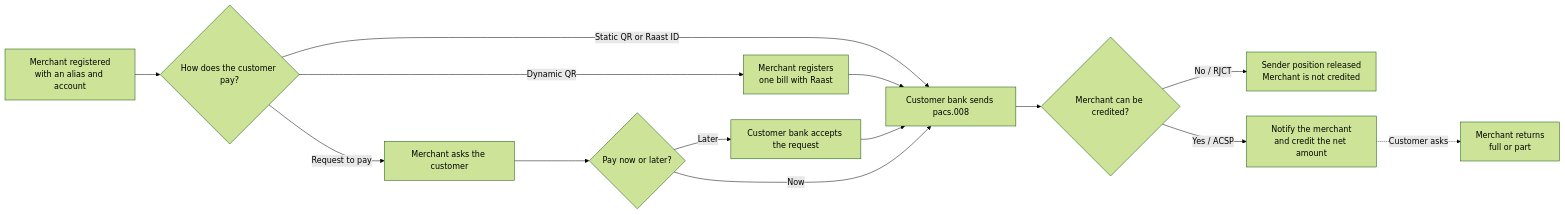
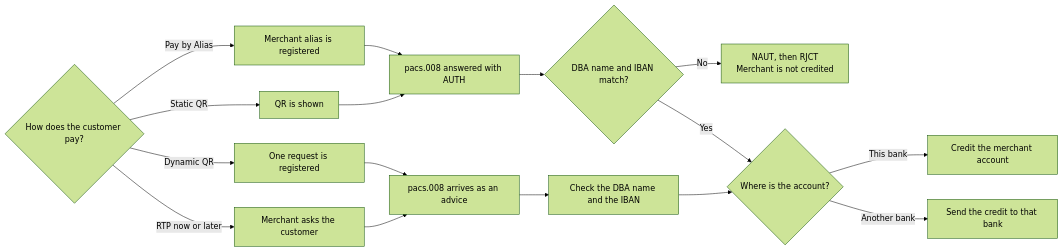
The eighth of 8 diagrams in modules/04-p2m-acquiring/04_Raast_P2M_Acquiring_Overview.md (HuzaifaTanzeel/raast-training-public), drawn with Mermaid (forest theme) before and after one commit. The commit also changed other lines of this file and 5 other files, not shown here.

Commit message:
Correct the P2M overviews so static QR, dynamic QR, and alias payments follow their own paths.

````diff
--- a/modules/04-p2m-acquiring/04_Raast_P2M_Acquiring_Overview.md
+++ b/modules/04-p2m-acquiring/04_Raast_P2M_Acquiring_Overview.md
@@ -259,16 +292,18 @@
 ```mermaid
 flowchart LR
-    A[Merchant registered<br/>with an alias and account] --> B{How does the customer pay?}
-    B -->|Static QR or Raast ID| C[Customer bank sends pacs.008]
-    B -->|Dynamic QR| D[Merchant registers<br/>one bill with Raast]
-    B -->|Request to pay| E[Merchant asks the customer]
-    D --> C
-    E --> F{Pay now or later?}
-    F -->|Later| G[Customer bank accepts the request]
-    G --> C
-    F -->|Now| C
-    C --> H{Merchant can be credited?}
-    H -->|No / RJCT| I[Sender position released<br/>Merchant is not credited]
-    H -->|Yes / ACSP| J[Notify the merchant<br/>and credit the net amount]
-    J -. Customer asks .-> K[Merchant returns<br/>full or part]
+    A{How does the customer pay?} -->|Pay by Alias| B[Merchant alias is registered]
+    A -->|Static QR| C[QR is shown]
+    A -->|Dynamic QR| D[One request is registered]
+    A -->|RTP now or later| E[Merchant asks the customer]
+    B --> F[pacs.008 answered with AUTH]
+    C --> F
+    D --> G[pacs.008 arrives as an advice]
+    E --> G
+    F --> H{DBA name and IBAN match?}
+    H -->|No| I[NAUT, then RJCT<br/>Merchant is not credited]
+    H -->|Yes| J{Where is the account?}
+    G --> K[Check the DBA name and the IBAN]
+    K --> J
+    J -->|This bank| L[Credit the merchant account]
+    J -->|Another bank| M[Send the credit to that bank]
 ```
````
